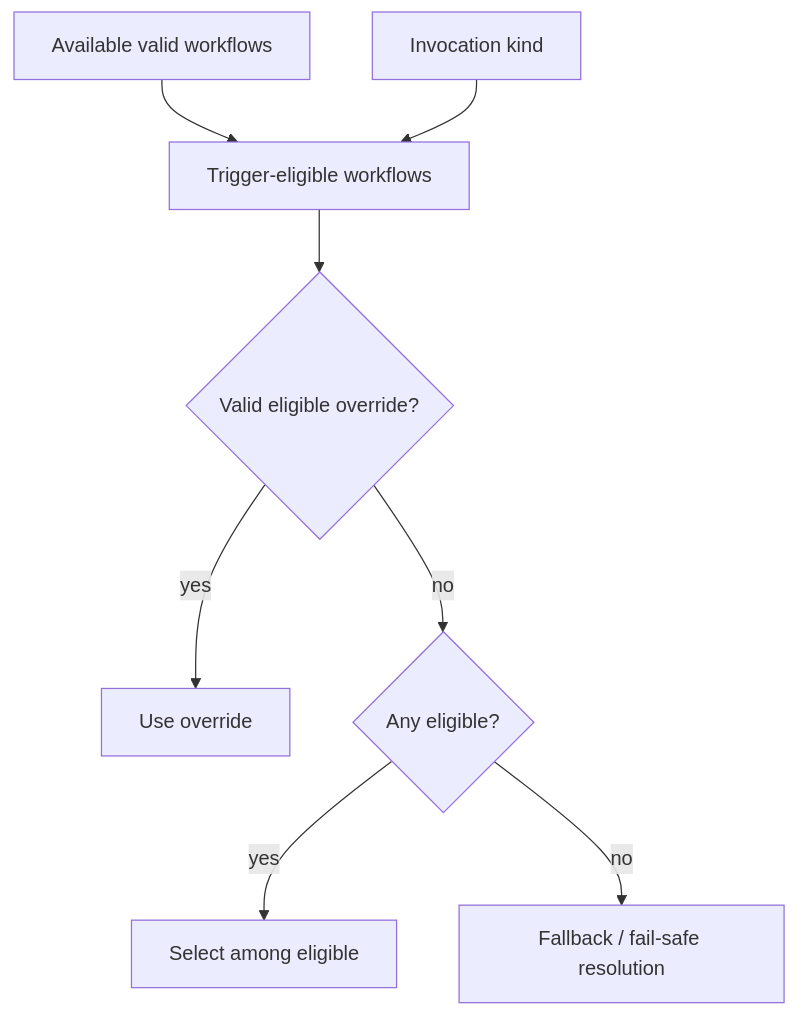
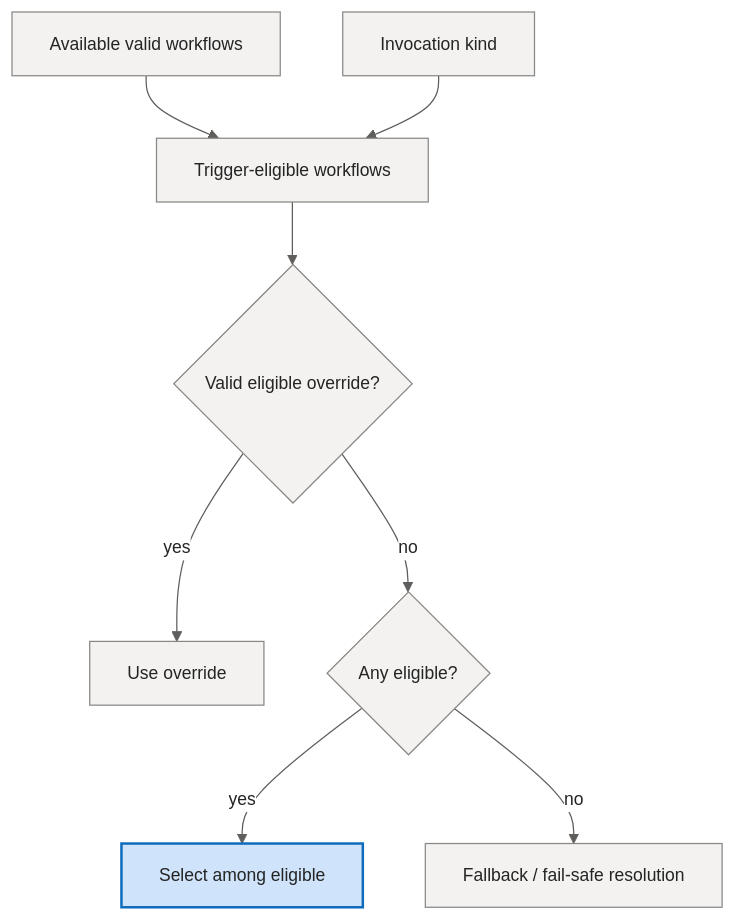
The seventh of 11 diagrams in docs/deep-dive/workflow-engine.md (sabbour/agentweaver), drawn with Mermaid before and after one commit. The commit also changed other lines of this file and 13 other files, not shown here.

````diff
--- a/docs/deep-dive/workflow-engine.md
+++ b/docs/deep-dive/workflow-engine.md
@@ -237,19 +335,31 @@
 ```mermaid
+%%{init: {'theme':'base','themeVariables':{'fontFamily':'Segoe UI, system-ui, -apple-system, sans-serif','fontSize':'14px','primaryColor':'#E8EEF9','primaryBorderColor':'#0F6CBD','primaryTextColor':'#242424','lineColor':'#605E5C','clusterBkg':'#FAF9F8','clusterBorder':'#D2D0CE','edgeLabelBackground':'#FFFFFF'}}}%%
 flowchart TD
     Available[Available valid workflows]
     Kind[Invocation kind]
     Eligible[Trigger-eligible workflows]
     Override{Valid eligible override?}
     UseOverride[Use override]
     None{Any eligible?}
     Select[Select among eligible]
     Fallback[Fallback / fail-safe resolution]
 
     Available --> Eligible
     Kind --> Eligible
     Eligible --> Override
     Override -- yes --> UseOverride
     Override -- no --> None
     None -- yes --> Select
     None -- no --> Fallback
+
+    classDef client fill:#E8EEF9,stroke:#0F6CBD,stroke-width:1px,color:#242424;
+    classDef svc fill:#F3F2F1,stroke:#8A8886,stroke-width:1px,color:#242424;
+    classDef core fill:#CFE4FA,stroke:#0F6CBD,stroke-width:2px,color:#242424;
+    classDef data fill:#FFF4CE,stroke:#C19C00,stroke-width:1px,color:#242424;
+    classDef ext fill:#F0E8F8,stroke:#8764B8,stroke-width:1px,color:#242424;
+    classDef runtime fill:#DDF3DD,stroke:#107C10,stroke-width:1px,color:#242424;
+    classDef evt fill:#D6F0F0,stroke:#038387,stroke-width:1px,color:#242424;
+
+    class Available,Kind,Eligible,Override,UseOverride,None,Fallback svc;
+    class Select core;
 ```
````
